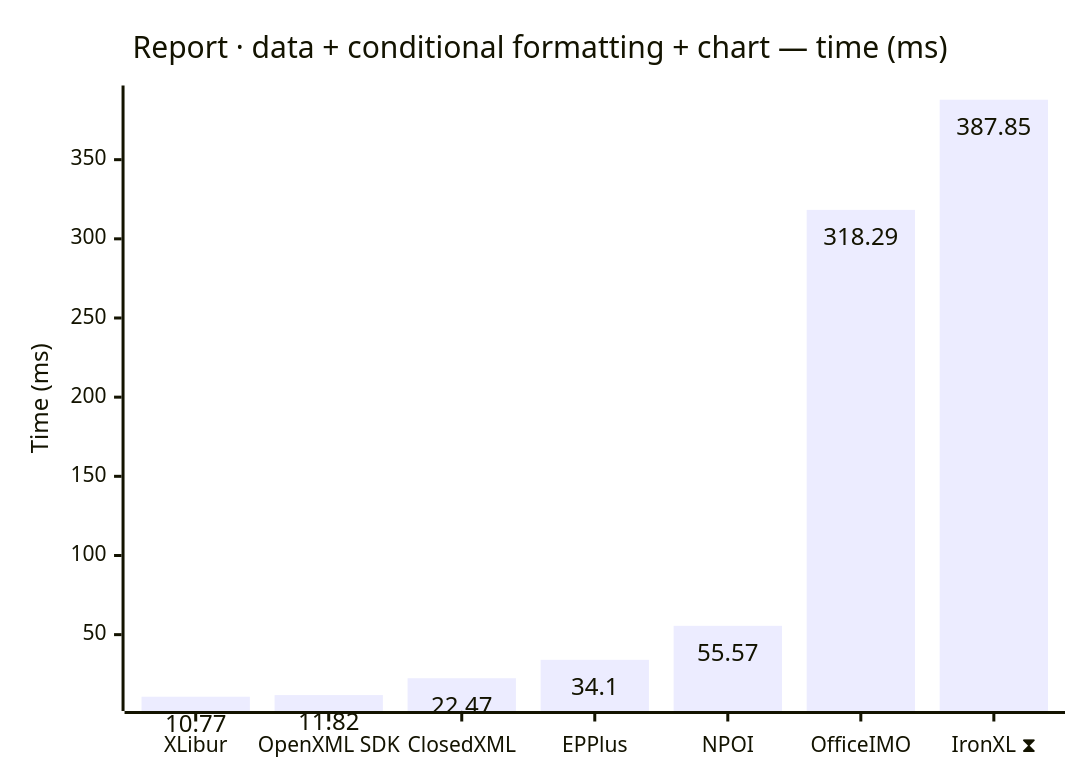
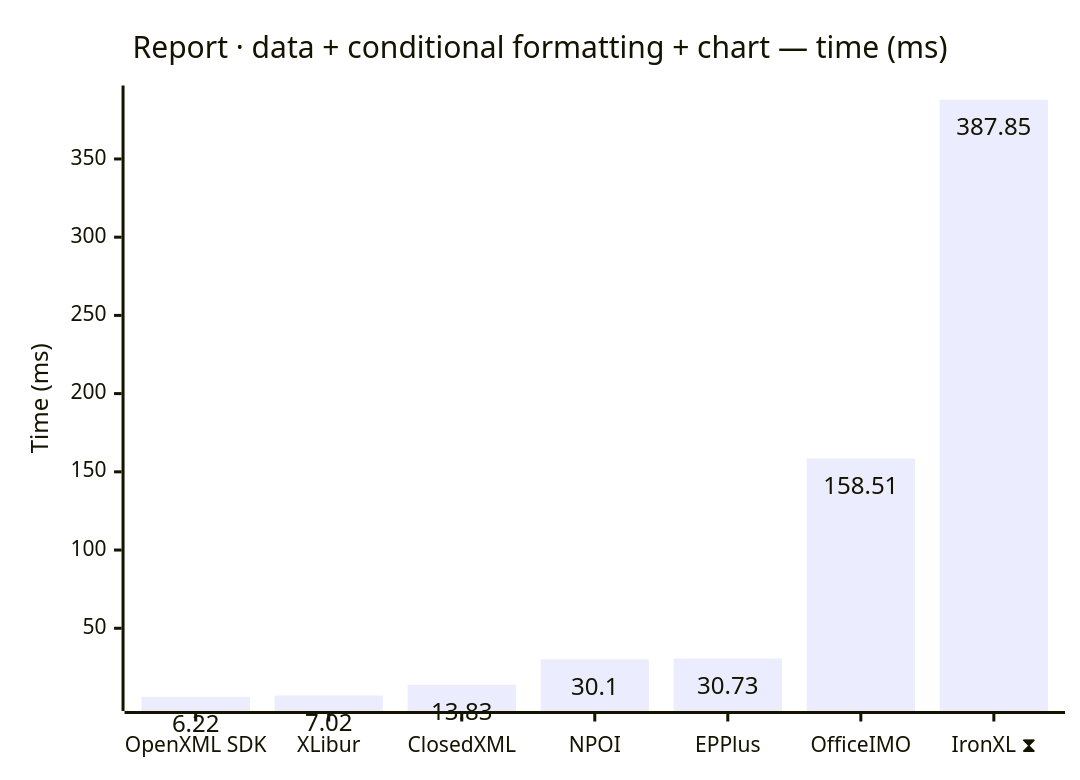
Before and after one commit to jafin/XLBench: the seventh of 12 diagrams in docs/results-ci.md, drawn with Mermaid. The commit also changed other lines of this file, not shown here.

````diff
--- a/docs/results-ci.md
+++ b/docs/results-ci.md
@@ -121,12 +121,12 @@
 ```mermaid
 ---
 config:
   xyChart:
     showDataLabel: true
 ---
 xychart-beta
     title "Report · data + conditional formatting + chart — time (ms)"
-    x-axis ["XLibur", "OpenXML SDK", "ClosedXML", "EPPlus", "NPOI", "OfficeIMO", "IronXL ⧗"]
+    x-axis ["OpenXML SDK", "XLibur", "ClosedXML", "NPOI", "EPPlus", "OfficeIMO", "IronXL ⧗"]
     y-axis "Time (ms)"
-    bar [10.77, 11.82, 22.47, 34.1, 55.57, 318.29, 387.85]
+    bar [6.22, 7.02, 13.83, 30.1, 30.73, 158.51, 387.85]
 ```
````
